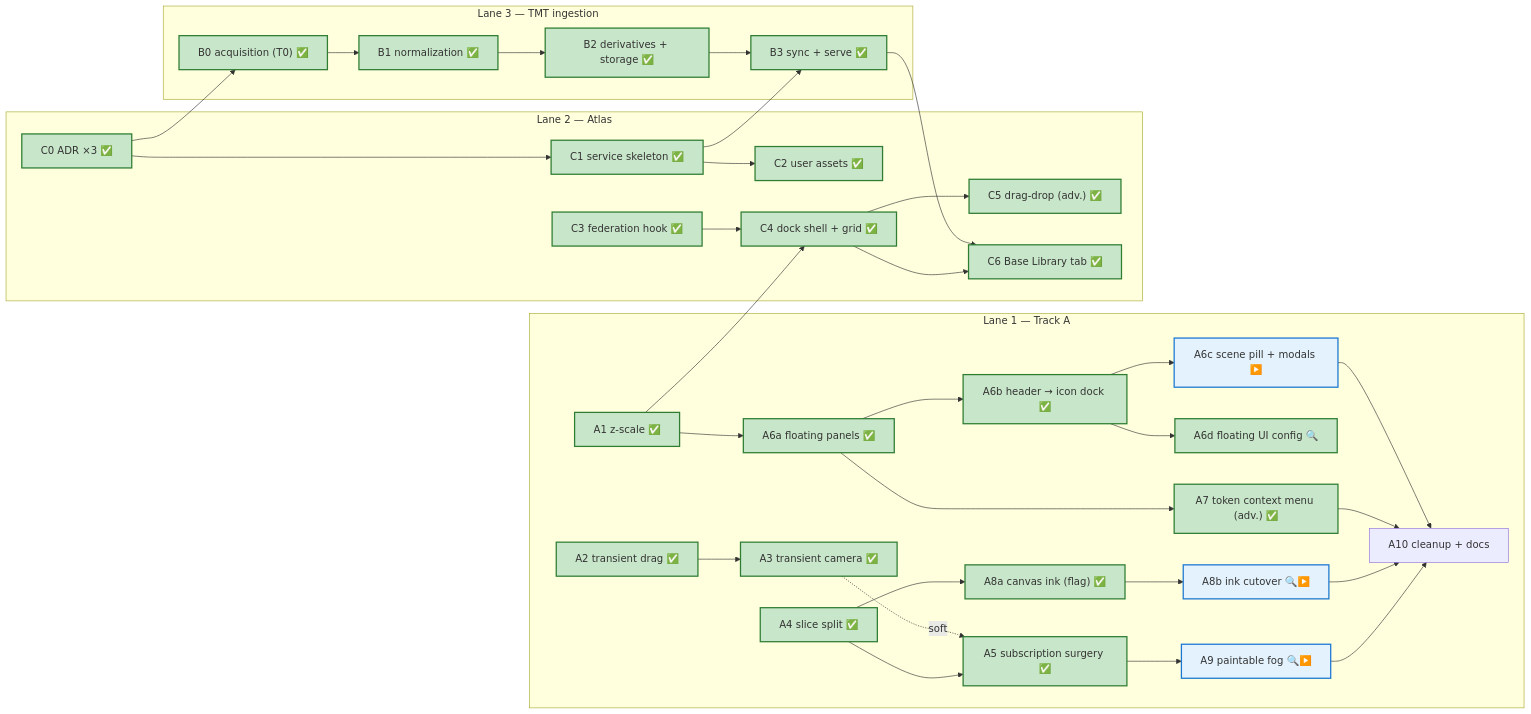
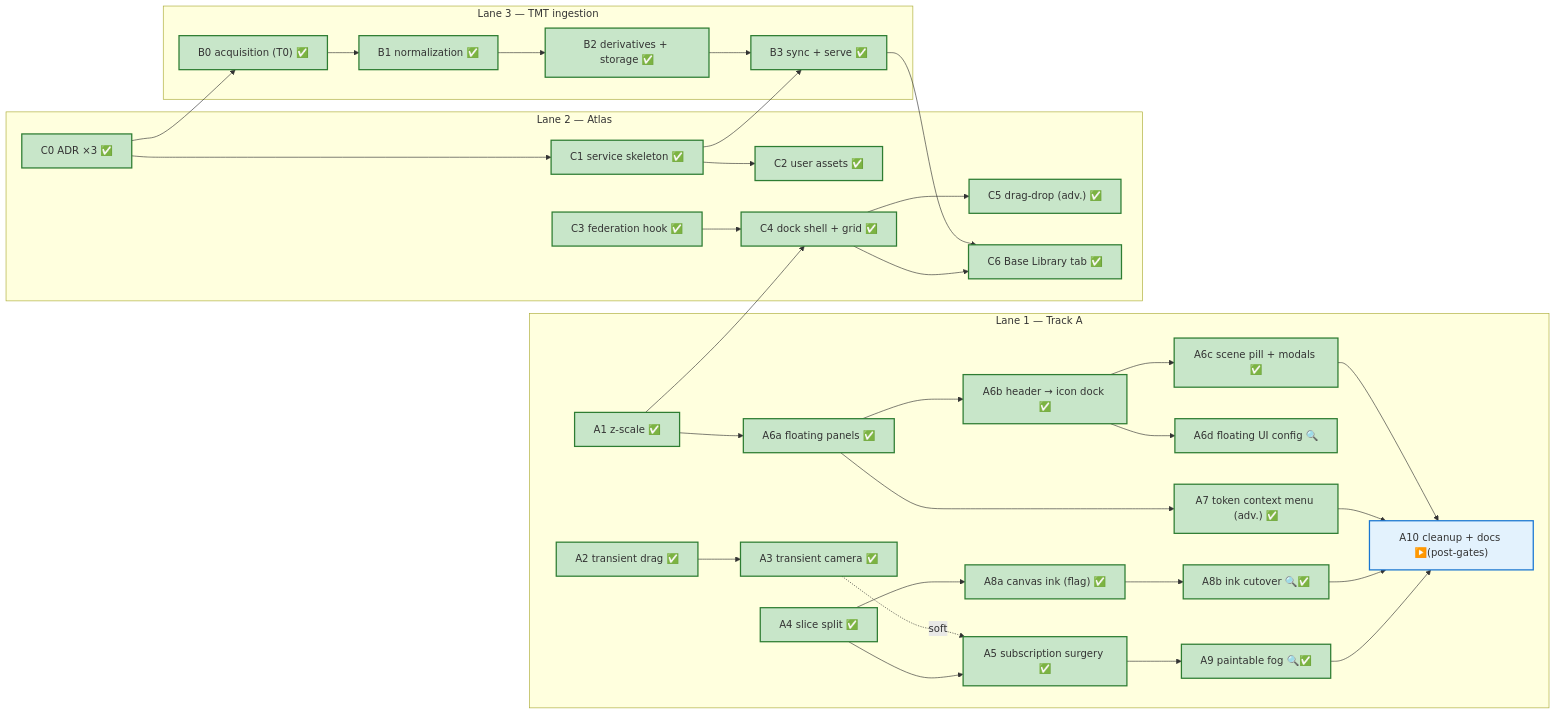
The diagram in docs/roadmap/ROADMAP.md (joelmale/nexusVTT), drawn with Mermaid before and after one commit. The commit also changed 1 other file, not shown here.

Commit message:
chore(roadmap): S12 — A6c/A9/A8b done; A9+A8b gates pending Joel; A10 queued

````diff
--- a/docs/roadmap/ROADMAP.md
+++ b/docs/roadmap/ROADMAP.md
@@ -40,59 +40,59 @@
 ```mermaid
 flowchart LR
   classDef gate stroke:#e11,stroke-width:3px
   classDef adr fill:#f4e8ff,stroke:#95f
   classDef done fill:#c8e6c9,stroke:#2e7d32,stroke-width:2px
   classDef ready fill:#e3f2fd,stroke:#1976d2,stroke-width:2px
 
   subgraph LaneA["Lane 1 — Track A"]
     A1["A1 z-scale ✅"]:::done
     A2["A2 transient drag ✅"]:::done
     A3["A3 transient camera ✅"]:::done
     A4["A4 slice split ✅"]:::done
     A5["A5 subscription surgery ✅"]:::done
     A6a["A6a floating panels ✅"]:::done
     A6b["A6b header → icon dock ✅"]:::done
-    A6c["A6c scene pill + modals ▶️"]:::ready
+    A6c["A6c scene pill + modals ✅"]:::done
     A6d["A6d floating UI config 🔍"]:::done
     A7["A7 token context menu (adv.) ✅"]:::done
     A8a["A8a canvas ink (flag) ✅"]:::done
-    A8b["A8b ink cutover 🔍▶️"]:::ready
-    A9["A9 paintable fog 🔍▶️"]:::ready
-    A10["A10 cleanup + docs"]
+    A8b["A8b ink cutover 🔍✅"]:::done
+    A9["A9 paintable fog 🔍✅"]:::done
+    A10["A10 cleanup + docs ▶️(post-gates)"]:::ready
   end
 
   subgraph LaneC["Lane 2 — Atlas"]
     C0["C0 ADR ×3 ✅"]:::done
     C1["C1 service skeleton ✅"]:::done
     C2["C2 user assets ✅"]:::done
     C3["C3 federation hook ✅"]:::done
     C4["C4 dock shell + grid ✅"]:::done
     C5["C5 drag-drop (adv.) ✅"]:::done
     C6["C6 Base Library tab ✅"]:::done
   end
 
   subgraph LaneB["Lane 3 — TMT ingestion"]
     B0["B0 acquisition (T0) ✅"]:::done
     B1["B1 normalization ✅"]:::done
     B2["B2 derivatives + storage ✅"]:::done
     B3["B3 sync + serve ✅"]:::done
   end
 
   A2 --> A3
   A3 -.soft.-> A5
   A4 --> A5
   A1 --> A6a --> A6b --> A6c
   A6b --> A6d
   A6a --> A7
   A4 --> A8a --> A8b
   A5 --> A9
   A6c & A7 & A8b & A9 --> A10
 
   C0 --> C1 --> C2
   C0 --> B0 --> B1 --> B2 --> B3
   C1 --> B3
   C3 --> C4 --> C5
   A1 --> C4
   B3 --> C6
   C4 --> C6
 ```
````
